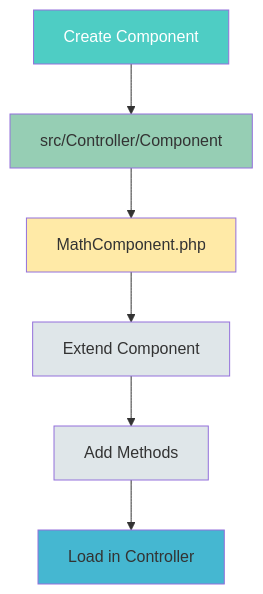
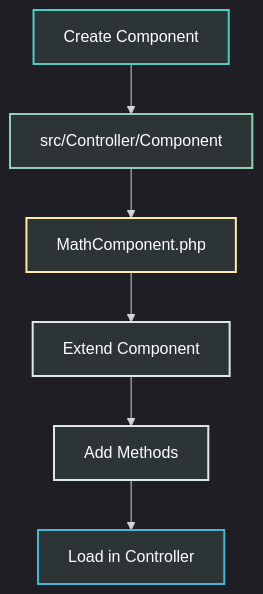
Before and after one commit to abhayraj-ops/Cake-Learn: the fourth of 8 diagrams in docs/05-components.md, drawn with Mermaid. The commit also changed other lines of this file, not shown here.

Commit message:
Fix Mermaid diagram syntax error in Configuration Methods

````diff
--- a/docs/05-components.md
+++ b/docs/05-components.md
@@ -214,15 +217,16 @@
 ```mermaid
+%%{init: {'theme': 'dark'}}%%
 graph TB
     A[Create Component] --> B[src/Controller/Component]
     B --> C[MathComponent.php]
     C --> D[Extend Component]
     D --> E[Add Methods]
     E --> F[Load in Controller]
     
-    style A fill:#4ecdc4,color:#fff
-    style B fill:#96ceb4
-    style C fill:#ffeaa7
-    style D fill:#dfe6e9
-    style E fill:#dfe6e9
-    style F fill:#45b7d1
+    style A fill:#2d3436,color:#fff,stroke:#4ecdc4,stroke-width:2px
+    style B fill:#2d3436,color:#fff,stroke:#96ceb4,stroke-width:2px
+    style C fill:#2d3436,color:#fff,stroke:#ffeaa7,stroke-width:2px
+    style D fill:#2d3436,color:#fff,stroke:#dfe6e9,stroke-width:2px
+    style E fill:#2d3436,color:#fff,stroke:#dfe6e9,stroke-width:2px
+    style F fill:#2d3436,color:#fff,stroke:#45b7d1,stroke-width:2px
 ```
````
